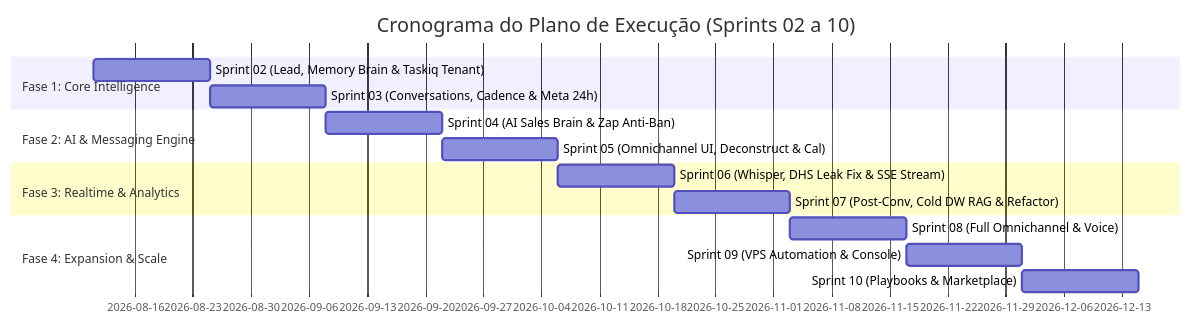
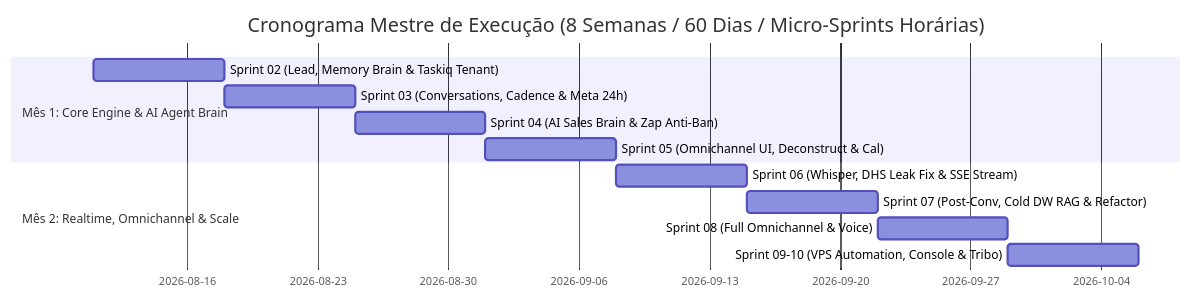
One commit to Fernando-DaSilva/Revenue_SDR_Architecture changed the diagram in PLAN_OF_EXECUTION.md. Above: the diagram before and after it, drawn with Mermaid. The commit also changed other lines of this file and 19 other files, not shown here.

First line of the commit message:
feat: transform sprints to hourly micro-sprints and 2-month 60-day roadmap (v4.0.0)

````diff
--- a/PLAN_OF_EXECUTION.md
+++ b/PLAN_OF_EXECUTION.md
@@ -80,18 +80,15 @@
 ```mermaid
 gantt
-    title Cronograma do Plano de Execução (Sprints 02 a 10)
+    title Cronograma Mestre de Execução (8 Semanas / 60 Dias / Micro-Sprints Horárias)
     dateFormat  YYYY-MM-DD
-    section Fase 1: Core Intelligence
-    Sprint 02 (Lead, Memory Brain & Taskiq Tenant)  :s2, 2026-08-11, 14d
-    Sprint 03 (Conversations, Cadence & Meta 24h)   :s3, after s2, 14d
-    section Fase 2: AI & Messaging Engine
-    Sprint 04 (AI Sales Brain & Zap Anti-Ban)       :s4, after s3, 14d
-    Sprint 05 (Omnichannel UI, Deconstruct & Cal)   :s5, after s4, 14d
-    section Fase 3: Realtime & Analytics
-    Sprint 06 (Whisper, DHS Leak Fix & SSE Stream)  :s6, after s5, 14d
-    Sprint 07 (Post-Conv, Cold DW RAG & Refactor)   :s7, after s6, 14d
-    section Fase 4: Expansion & Scale
-    Sprint 08 (Full Omnichannel & Voice)            :s8, after s7, 14d
-    Sprint 09 (VPS Automation & Console)            :s9, after s8, 14d
-    Sprint 10 (Playbooks & Marketplace)             :s10, after s9, 14d
+    section Mês 1: Core Engine & AI Agent Brain
+    Sprint 02 (Lead, Memory Brain & Taskiq Tenant)  :s2, 2026-08-11, 7d
+    Sprint 03 (Conversations, Cadence & Meta 24h)   :s3, after s2, 7d
+    Sprint 04 (AI Sales Brain & Zap Anti-Ban)       :s4, after s3, 7d
+    Sprint 05 (Omnichannel UI, Deconstruct & Cal)   :s5, after s4, 7d
+    section Mês 2: Realtime, Omnichannel & Scale
+    Sprint 06 (Whisper, DHS Leak Fix & SSE Stream)  :s6, after s5, 7d
+    Sprint 07 (Post-Conv, Cold DW RAG & Refactor)   :s7, after s6, 7d
+    Sprint 08 (Full Omnichannel & Voice)            :s8, after s7, 7d
+    Sprint 09-10 (VPS Automation, Console & Tribo)  :s9, after s8, 7d
 ```
````
